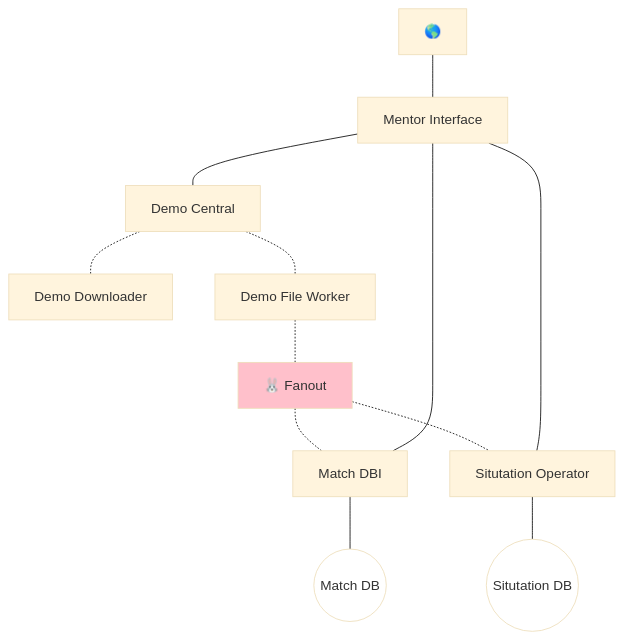
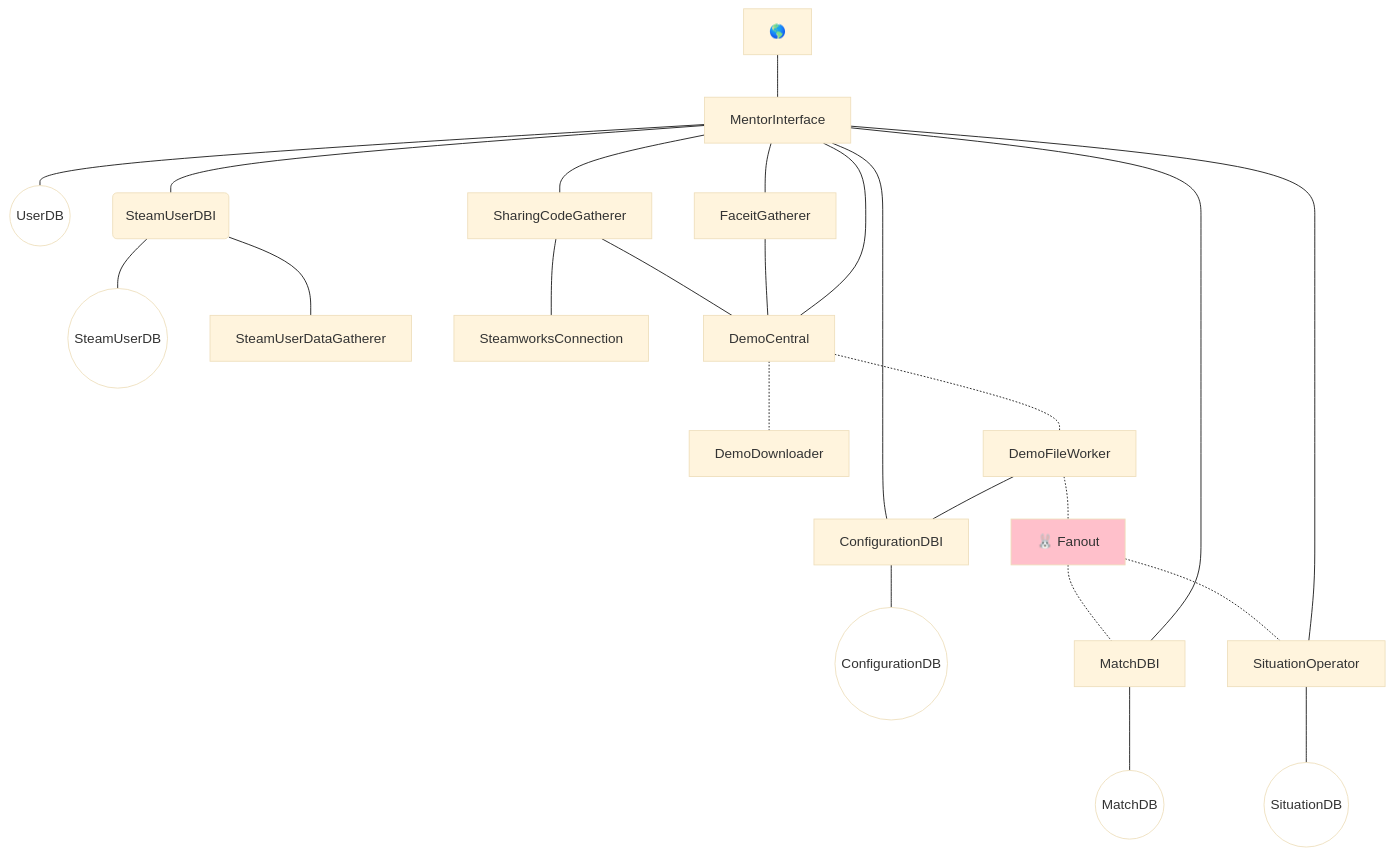
The diagram in MentorEngine/README.md (KieronKretschmar/MentorGG_ArchitectureDocumentation), drawn with Mermaid (base theme) before and after one commit. The commit also changed other lines of this file, not shown here.

````diff
--- a/MentorEngine/README.md
+++ b/MentorEngine/README.md
@@ -23,21 +23,39 @@
 ```mermaid
 graph TD;
     I["🌎"] --- MI
-    MI[Mentor Interface] --- DC[Demo Central];
-    DC -.- DD[Demo Downloader];
-    DC -.- DFW[Demo File Worker];
+    MI --- UDB((UserDB));
+    
+    MI --- SUDBI(SteamUserDBI);
+    SUDBI --- SUDB((SteamUserDB));
+    SUDBI --- SUDG[SteamUserDataGatherer];
+    
+    MI --- SCO[SharingCodeGatherer];
+    SCO --- SWC[SteamworksConnection];
+    SCO --- DC;
+    
+    MI --- FG[FaceitGatherer];
+    FG --- DC;
+    
+    
+    MI --- CDBI[ConfigurationDBI];
+    CDBI --- CDB((ConfigurationDB));
+    
+    MI[MentorInterface] --- DC[DemoCentral];
+    DC -.- DD[DemoDownloader];
+    DC -.- DFW[DemoFileWorker];
     DFW -.- RMQ["🐰 Fanout"];
     RMQ -.- MDBI;
     RMQ -.- SO;
     
+    DFW --- CDBI;
 
-    MI --- MDBI[Match DBI];
-    MI --- SO[Situtation Operator];
-    SO --- SDB((Situtation DB))
-    MDBI --- MDB((Match DB))
+    MI --- MDBI[MatchDBI];
+    MI --- SO[SituationOperator];
+    SO --- SDB((SituationDB));
+    MDBI --- MDB((MatchDB));
 
     classDef db fill:white;
     classDef queue fill:pink;
     class RMQ queue;
-    class SDB,MDB db;
+    class UDB,SUDB,CDB,SDB,MDB db;
 ```
````
